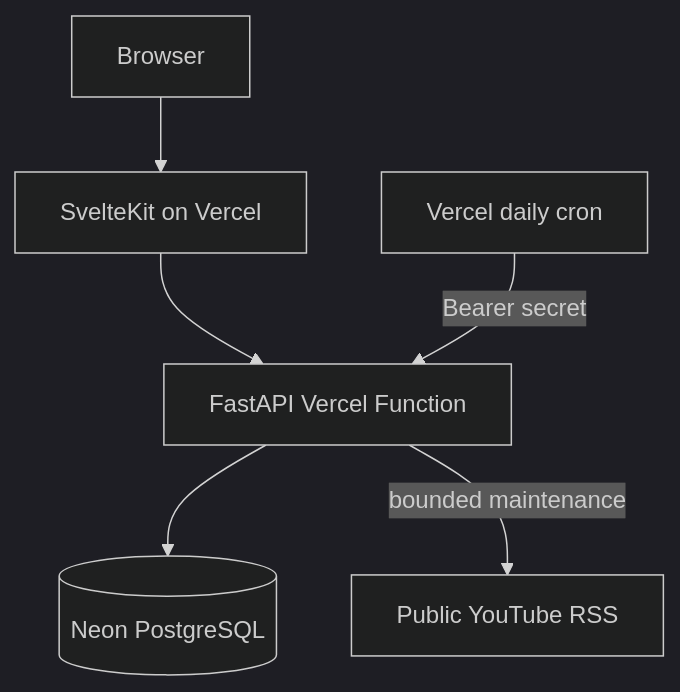
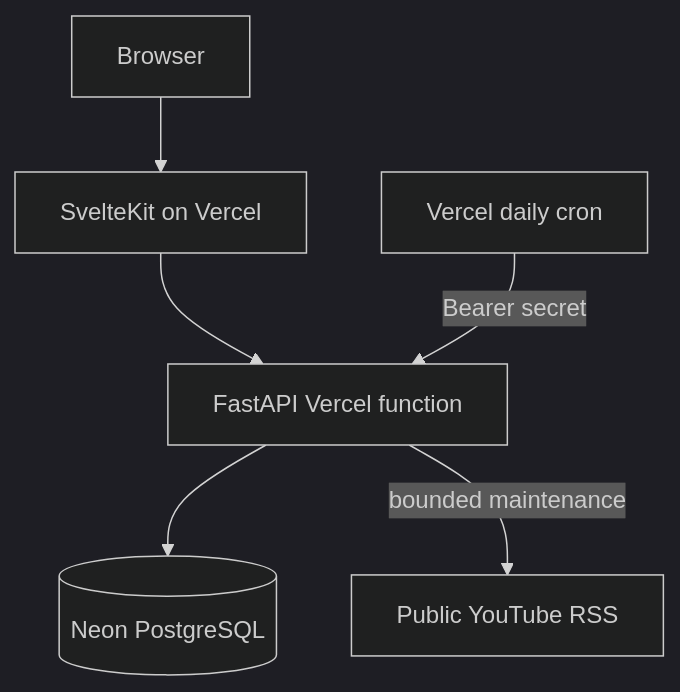
The fifth of 5 diagrams in docs/architecture.md (djdillybdev/ChooseYourTube), drawn with Mermaid (dark theme) before and after one commit. The commit also changed other lines of this file and 17 other files, not shown here.

````diff
--- a/docs/architecture.md
+++ b/docs/architecture.md
@@ -102,8 +122,8 @@
 ```mermaid
 flowchart TB
     Browser --> Frontend[SvelteKit on Vercel]
-    Frontend --> API[FastAPI Vercel Function]
+    Frontend --> API[FastAPI Vercel function]
     API --> Neon[(Neon PostgreSQL)]
     Cron[Vercel daily cron] -->|Bearer secret| API
     API -->|bounded maintenance| RSS[Public YouTube RSS]
 ```
````
